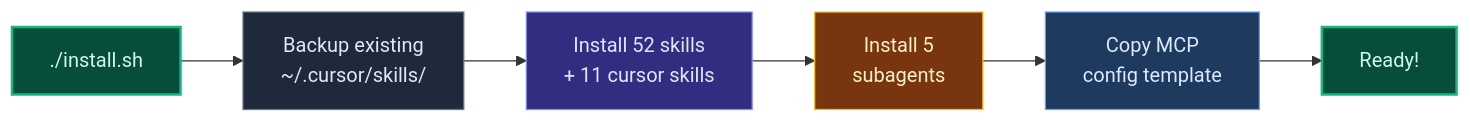
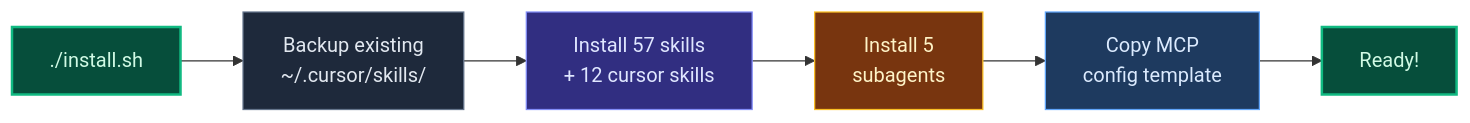
Before and after one commit to kensaurus/cursor-kenji: the third of 12 diagrams in README.md, drawn with Mermaid. The commit also changed other lines of this file and 28 other files, not shown here.

````diff
--- a/README.md
+++ b/README.md
@@ -285,15 +308,15 @@
 ```mermaid
 flowchart LR
   A["./install.sh"] --> B["Backup existing\n~/.cursor/skills/"]
-  B --> C["Install 52 skills\n+ 11 cursor skills"]
+  B --> C["Install 57 skills\n+ 12 cursor skills"]
   C --> D["Install 5\nsubagents"]
   D --> E["Copy MCP\nconfig template"]
   E --> F["Ready!"]
 
   style A fill:#064e3b,stroke:#10b981,stroke-width:2px,color:#d1fae5
   style F fill:#064e3b,stroke:#10b981,stroke-width:2px,color:#d1fae5
   style B fill:#1e293b,stroke:#64748b,color:#e2e8f0
   style C fill:#312e81,stroke:#818cf8,color:#e0e7ff
   style D fill:#78350f,stroke:#fbbf24,color:#fef3c7
   style E fill:#1e3a5f,stroke:#60a5fa,color:#dbeafe
 ```
````
